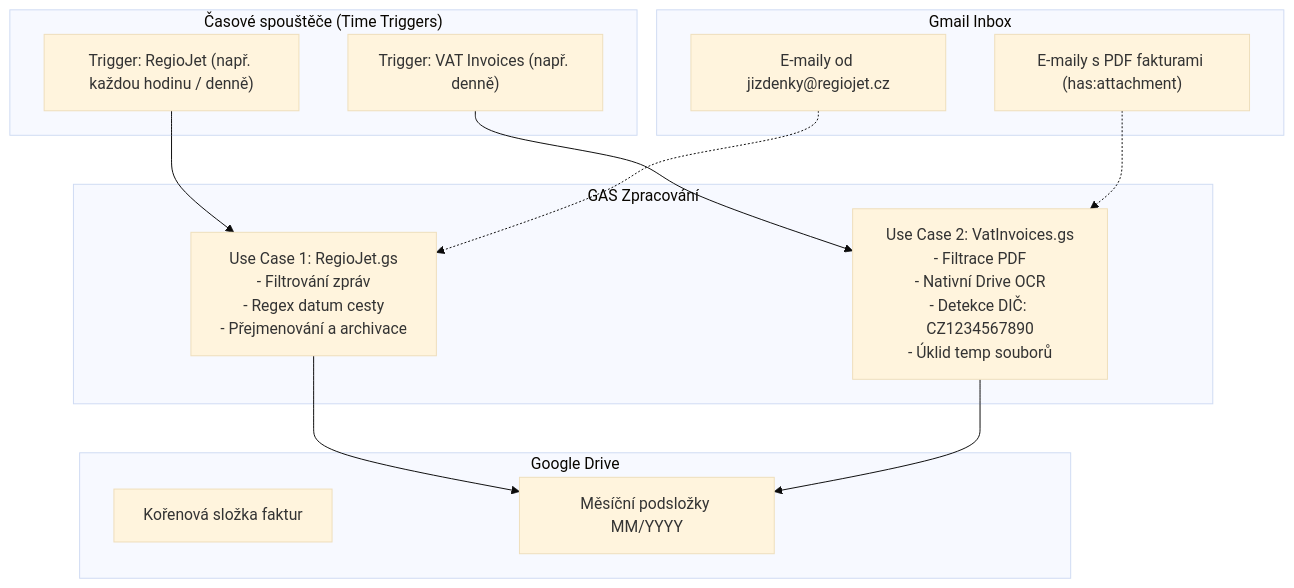
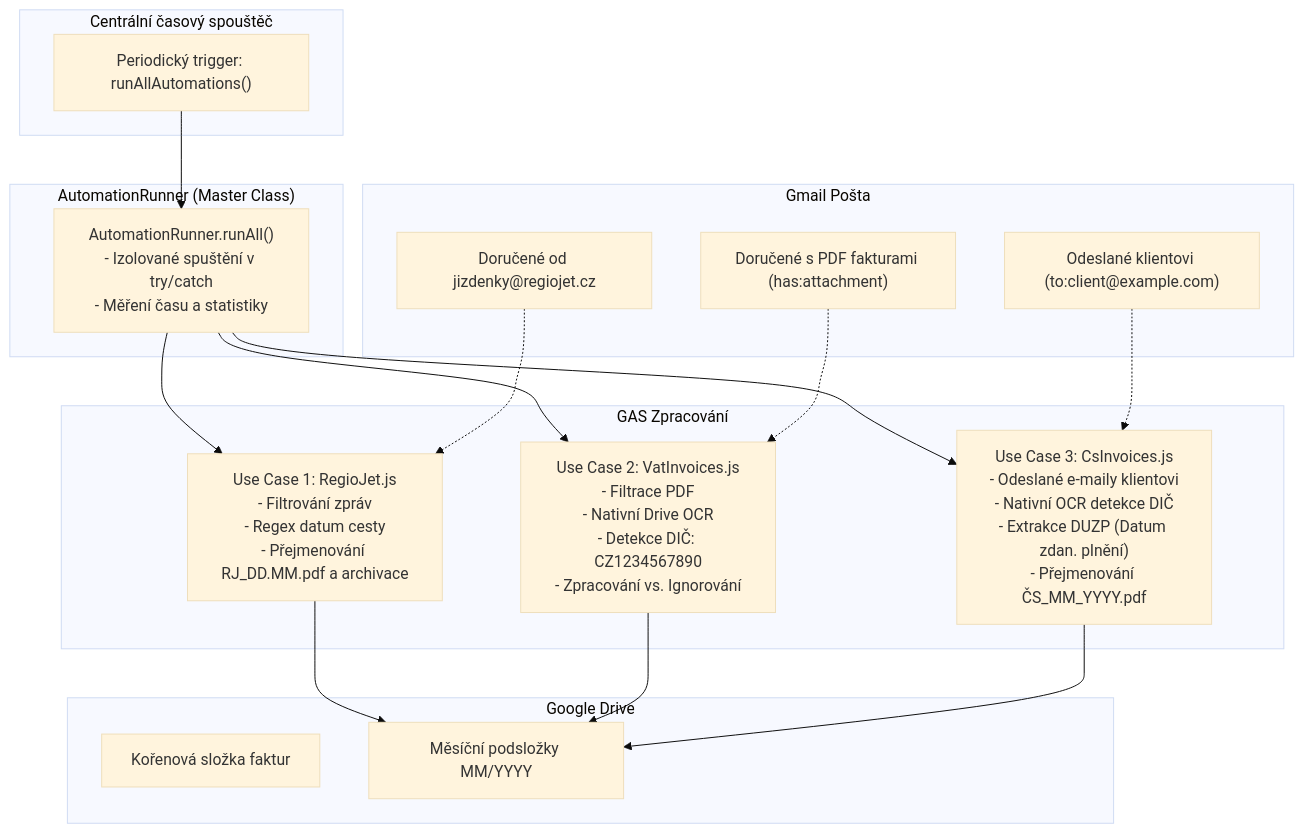
Before and after one commit to tomas-kansky/self-automatization: the diagram in USE_CASES.md, drawn with Mermaid (base theme). The commit also changed other lines of this file and 6 other files, not shown here.

Commit message:
feat: add cs invoices automation and master automation runner

````diff
--- a/USE_CASES.md
+++ b/USE_CASES.md
@@ -14,29 +14,38 @@
 ```mermaid
 flowchart TD
-    subgraph Gmail["Gmail Inbox"]
-        M1["E-maily od jizdenky@regiojet.cz"]
-        M2["E-maily s PDF fakturami (has:attachment)"]
+    subgraph Gmail["Gmail Pošta"]
+        M1["Doručené od jizdenky@regiojet.cz"]
+        M2["Doručené s PDF fakturami (has:attachment)"]
+        M3["Odeslané klientovi (to:client@example.com)"]
     end
 
-    subgraph Triggers["Časové spouštěče (Time Triggers)"]
-        T1["Trigger: RegioJet (např. každou hodinu / denně)"]
-        T2["Trigger: VAT Invoices (např. denně)"]
+    subgraph Trigger["Centrální časový spouštěč"]
+        T["Periodický trigger: runAllAutomations()"]
+    end
+
+    subgraph Orchestrator["AutomationRunner (Master Class)"]
+        OR["AutomationRunner.runAll()<br/>- Izolované spuštění v try/catch<br/>- Měření času a statistiky"]
     end
 
     subgraph Engine["GAS Zpracování"]
-        UC1["Use Case 1: RegioJet.gs<br/>- Filtrování zpráv<br/>- Regex datum cesty<br/>- Přejmenování a archivace"]
-        UC2["Use Case 2: VatInvoices.gs<br/>- Filtrace PDF<br/>- Nativní Drive OCR<br/>- Detekce DIČ: CZ1234567890<br/>- Úklid temp souborů"]
+        UC1["Use Case 1: RegioJet.js<br/>- Filtrování zpráv<br/>- Regex datum cesty<br/>- Přejmenování RJ_DD.MM.pdf a archivace"]
+        UC2["Use Case 2: VatInvoices.js<br/>- Filtrace PDF<br/>- Nativní Drive OCR<br/>- Detekce DIČ: CZ1234567890<br/>- Zpracování vs. Ignorování"]
+        UC3["Use Case 3: CsInvoices.js<br/>- Odeslané e-maily klientovi<br/>- Nativní OCR detekce DIČ<br/>- Extrakce DUZP (Datum zdan. plnění)<br/>- Přejmenování ČS_MM_YYYY.pdf"]
     end
 
     subgraph Storage["Google Drive"]
         F1["Kořenová složka faktur"]
         F2["Měsíční podsložky MM/YYYY"]
     end
 
-    T1 --> UC1
-    T2 --> UC2
+    T --> OR
+    OR --> UC1
+    OR --> UC2
+    OR --> UC3
     M1 -.-> UC1
     M2 -.-> UC2
+    M3 -.-> UC3
     UC1 --> F2
     UC2 --> F2
+    UC3 --> F2
 ```
````
